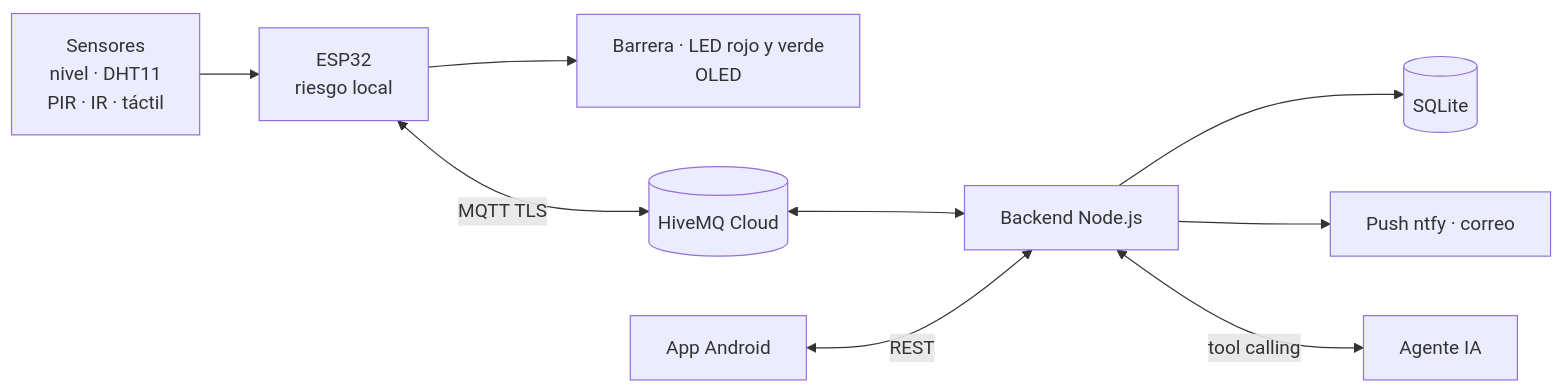
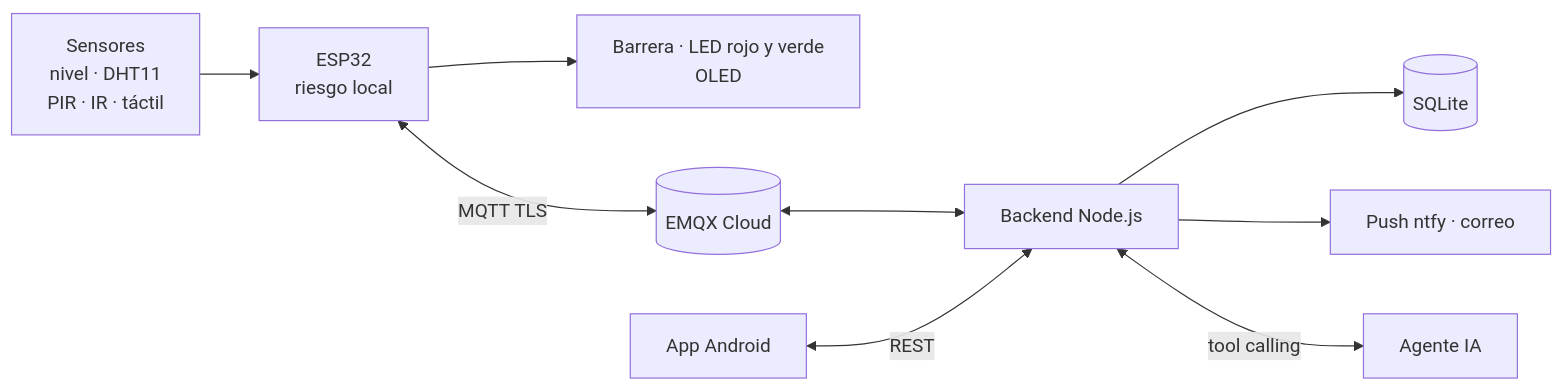
One commit to SantiagoRicaurte06/Proyecto-ESP32-IoT changed the diagram in README.md. Above: the diagram before and after it, drawn with Mermaid. The commit also changed other lines of this file and 3 other files, not shown here.

Commit message:
docs: finish switching broker guides to emqx cloud

````diff
--- a/README.md
+++ b/README.md
@@ -41,11 +41,11 @@
 ```mermaid
 flowchart LR
   S["Sensores<br/>nivel · DHT11<br/>PIR · IR · táctil"] --> E["ESP32<br/>riesgo local"]
   E --> A["Barrera · LED rojo y verde<br/>OLED"]
-  E <-->|MQTT TLS| B[("HiveMQ Cloud")]
+  E <-->|MQTT TLS| B[("EMQX Cloud")]
   B <--> K["Backend Node.js"]
   K --> D[("SQLite")]
   K --> N["Push ntfy · correo"]
   APP["App Android"] <-->|REST| K
   K <-->|tool calling| IA["Agente IA"]
 ```
````
